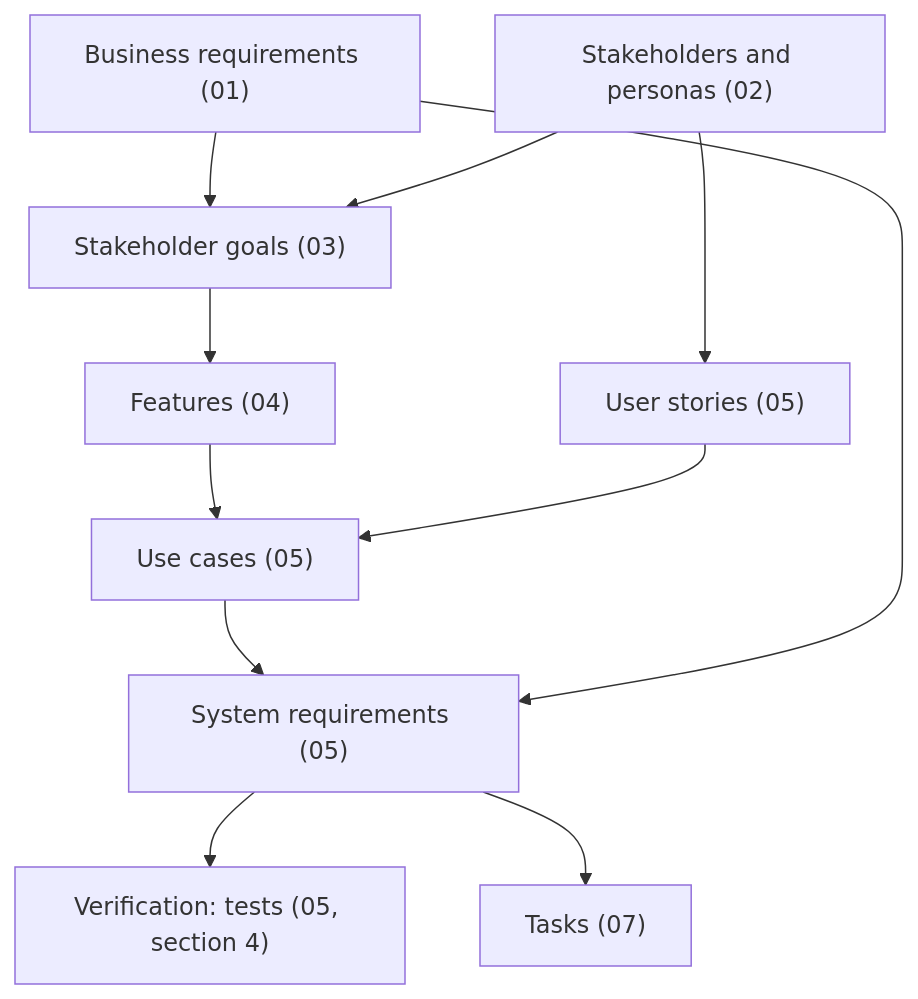
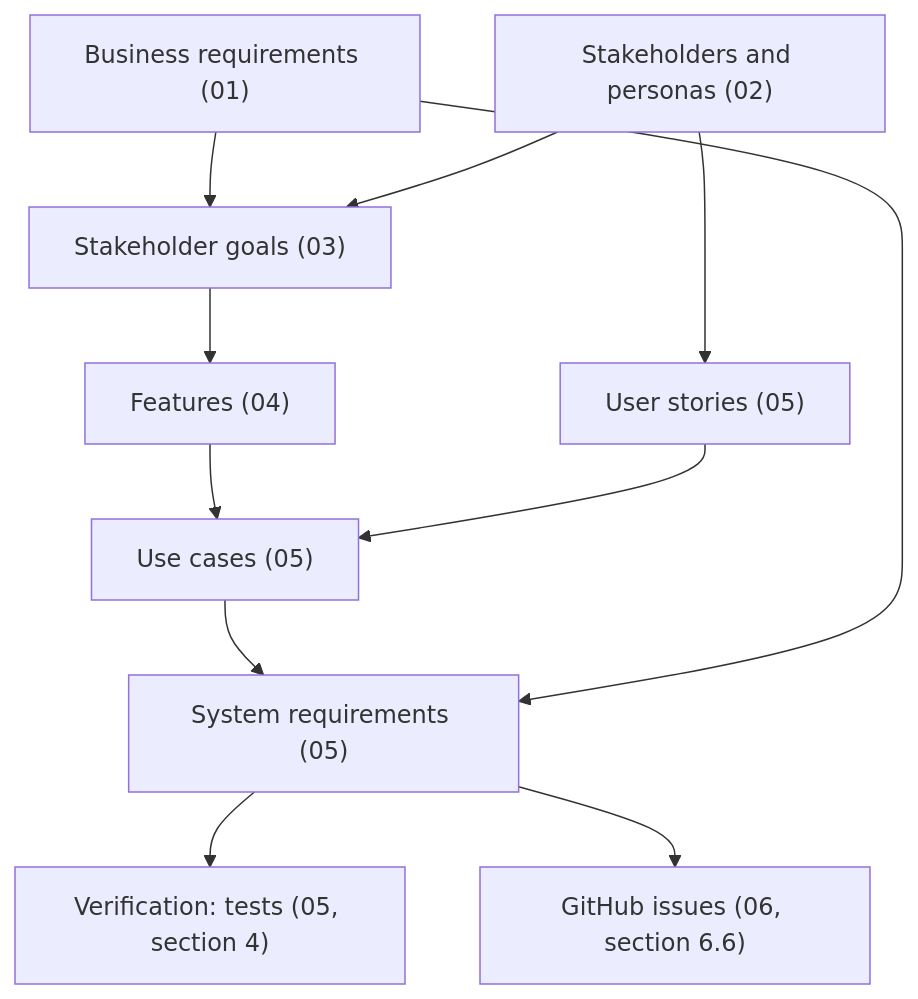
One commit to projeffboy/my-pokemon-team changed the diagram in docs/requirements/README.md. Above: the diagram before and after it, drawn with Mermaid. The commit also changed other lines of this file and 17 other files, not shown here.

````diff
--- a/docs/requirements/README.md
+++ b/docs/requirements/README.md
@@ -29,13 +29,13 @@
 ```mermaid
 flowchart TB
   BR["Business requirements (01)"] --> G["Stakeholder goals (03)"]
   SH["Stakeholders and personas (02)"] --> G
   G --> F["Features (04)"]
   SH --> US["User stories (05)"]
   F --> UC["Use cases (05)"]
   US --> UC
   UC --> REQ["System requirements (05)"]
   BR --> REQ
   REQ --> V["Verification: tests (05, section 4)"]
-  REQ --> T["Tasks (07)"]
+  REQ --> T["GitHub issues (06, section 6.6)"]
 ```
````
